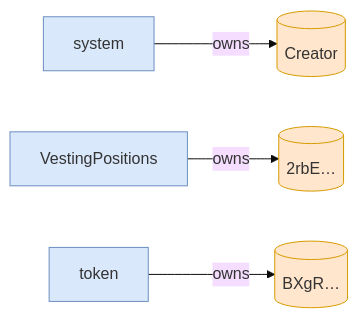
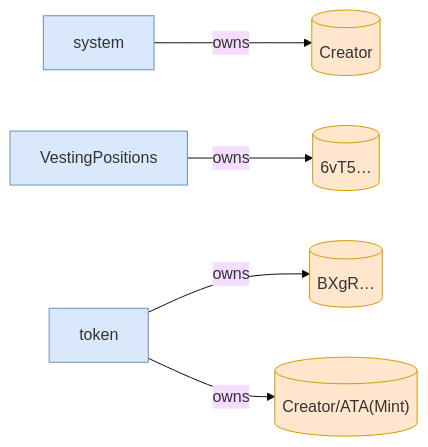
The third of 3 diagrams in babelfish-tests/test-report/clawback_unclaimed_before_grace_fails.md (cds-turbin3/vesting-position), drawn with Mermaid (base theme) before and after one commit. The commit also changed other lines of this file and 50 other files, not shown here.

````diff
--- a/babelfish-tests/test-report/clawback_unclaimed_before_grace_fails.md
+++ b/babelfish-tests/test-report/clawback_unclaimed_before_grace_fails.md
@@ -30,15 +40,17 @@
 ```mermaid
 flowchart LR
     system["system"]:::program
     Creator[("Creator")]:::state
     VestingPositions["VestingPositions"]:::program
-    2rbE[("2rbE…")]:::state
+    6vT5[("6vT5…")]:::state
     token["token"]:::program
     BXgR[("BXgR…")]:::state
+    CreatorATAMint[("Creator/ATA(Mint)")]:::state
     system -->|owns| Creator
-    VestingPositions -->|owns| 2rbE
+    VestingPositions -->|owns| 6vT5
     token -->|owns| BXgR
+    token -->|owns| CreatorATAMint
     classDef program fill:#dae8fc,stroke:#6c8ebf;
     classDef signer fill:#d5e8d4,stroke:#82b366;
     classDef state fill:#ffe6cc,stroke:#d79b00;
 ```
````
